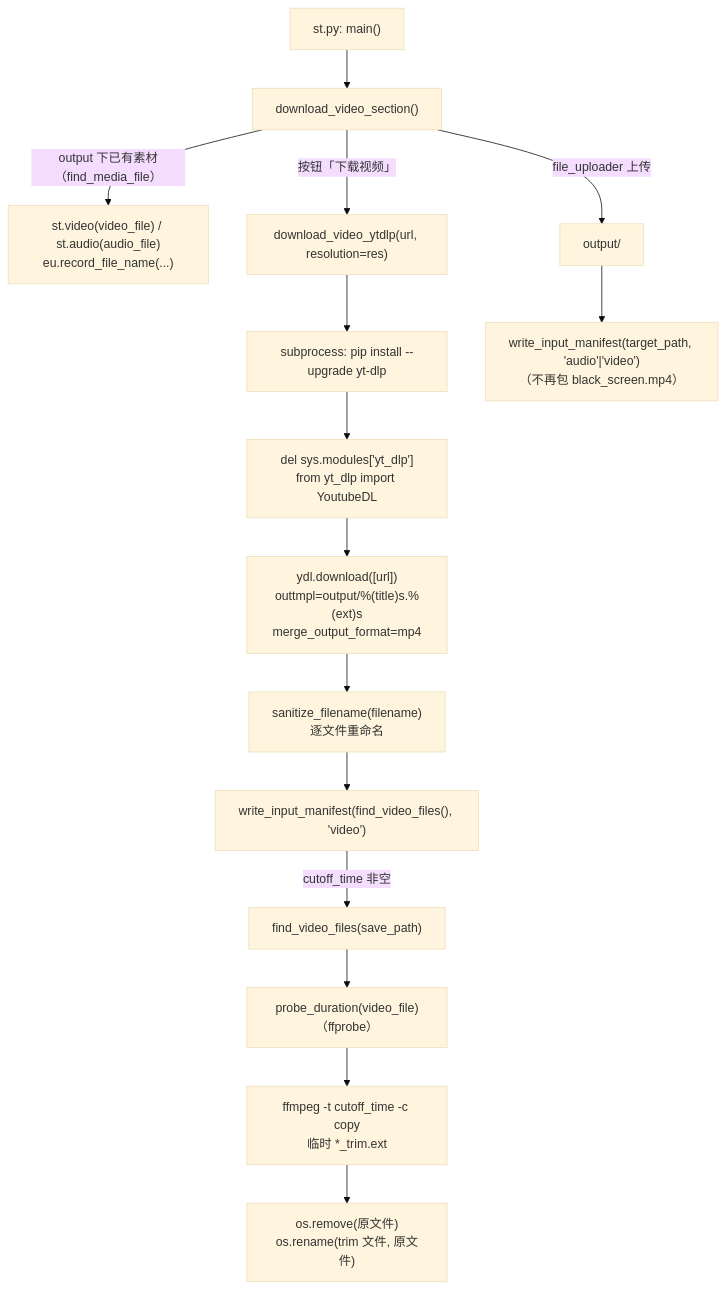
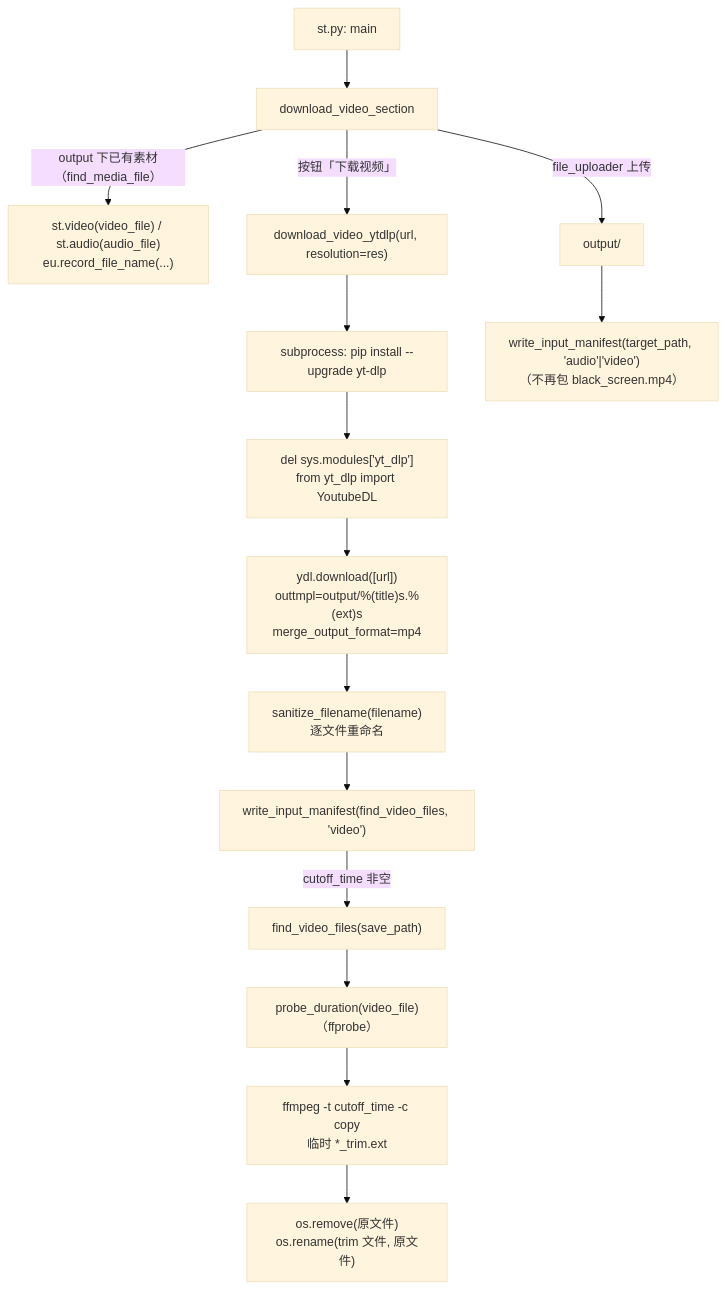
The first of 2 diagrams in devdocs/02-pipeline/01-下载与音频提取.md (Brzjomo/VideoLingoMove), drawn with Mermaid (base theme) before and after one commit. The commit also changed other lines of this file and 33 other files, not shown here.

````diff
--- a/devdocs/02-pipeline/01-下载与音频提取.md
+++ b/devdocs/02-pipeline/01-下载与音频提取.md
@@ -46,17 +46,17 @@
 ```mermaid
 flowchart TD
-    A["st.py: main()"] --> B["download_video_section()"]
-    B -->|"output 下已有素材（find_media_file）"| B1["st.video(video_file) / st.audio(audio_file)<br/>eu.record_file_name(...)"]
-    B -->|"按钮「下载视频」"| C["download_video_ytdlp(url, resolution=res)"]
-    C --> C1["subprocess: pip install --upgrade yt-dlp"]
-    C1 --> C2["del sys.modules['yt_dlp']<br/>from yt_dlp import YoutubeDL"]
-    C2 --> C3["ydl.download([url])<br/>outtmpl=output/%(title)s.%(ext)s<br/>merge_output_format=mp4"]
-    C3 --> C4["sanitize_filename(filename)<br/>逐文件重命名"]
-    C4 --> C5["write_input_manifest(find_video_files(), 'video')"]
-    C5 -->|"cutoff_time 非空"| C6["find_video_files(save_path)"]
-    C6 --> C7["probe_duration(video_file)（ffprobe）"]
-    C7 --> C8["ffmpeg -t cutoff_time -c copy<br/>临时 *_trim.ext"]
-    C8 --> C9["os.remove(原文件)<br/>os.rename(trim 文件, 原文件)"]
-    B -->|"file_uploader 上传"| U1["output/<clean_name>"]
-    U1 --> U2["write_input_manifest(target_path, 'audio'|'video')<br/>（不再包 black_screen.mp4）"]
+ A["st.py: main"] --> B["download_video_section"]
+ B -->|"output 下已有素材（find_media_file）"| B1["st.video(video_file) / st.audio(audio_file)<br/>eu.record_file_name(...)"]
+ B -->|"按钮「下载视频」"| C["download_video_ytdlp(url, resolution=res)"]
+ C --> C1["subprocess: pip install --upgrade yt-dlp"]
+ C1 --> C2["del sys.modules['yt_dlp']<br/>from yt_dlp import YoutubeDL"]
+ C2 --> C3["ydl.download([url])<br/>outtmpl=output/%(title)s.%(ext)s<br/>merge_output_format=mp4"]
+ C3 --> C4["sanitize_filename(filename)<br/>逐文件重命名"]
+ C4 --> C5["write_input_manifest(find_video_files, 'video')"]
+ C5 -->|"cutoff_time 非空"| C6["find_video_files(save_path)"]
+ C6 --> C7["probe_duration(video_file)（ffprobe）"]
+ C7 --> C8["ffmpeg -t cutoff_time -c copy<br/>临时 *_trim.ext"]
+ C8 --> C9["os.remove(原文件)<br/>os.rename(trim 文件, 原文件)"]
+ B -->|"file_uploader 上传"| U1["output/<clean_name>"]
+ U1 --> U2["write_input_manifest(target_path, 'audio'|'video')<br/>（不再包 black_screen.mp4）"]
 ```
````
